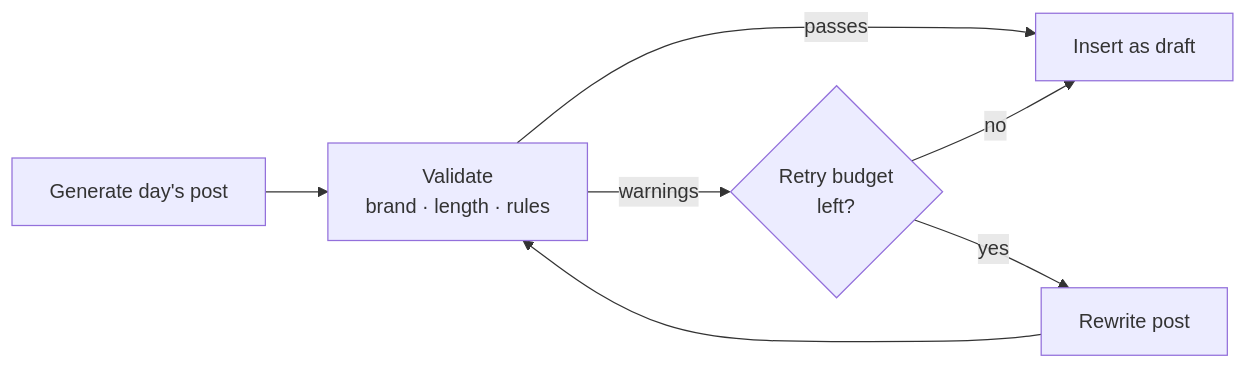
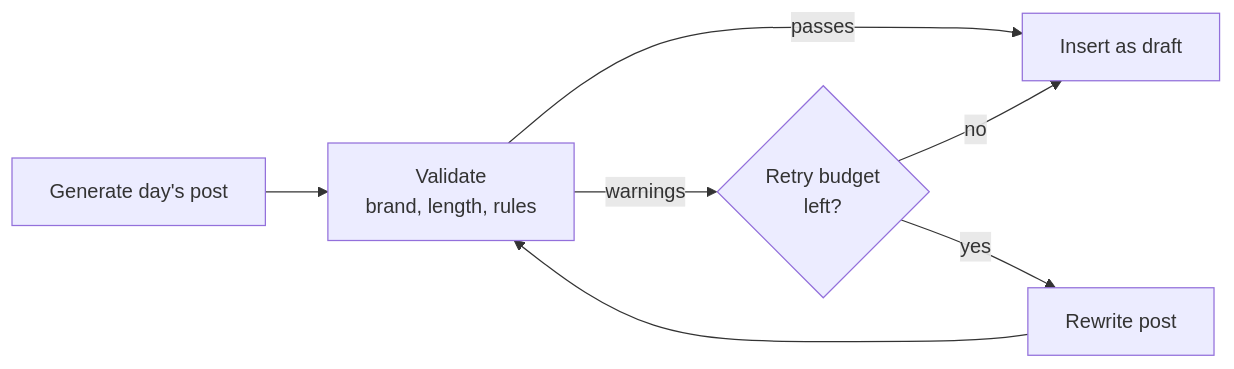
The second of 2 diagrams in README.md (stefanbogdanmda/postje), drawn with Mermaid before and after one commit. The commit also changed other lines of this file, not shown here.

Commit message:
docs: use ASCII separators in Mermaid diagrams for reliable rendering

````diff
--- a/README.md
+++ b/README.md
@@ -52,8 +52,8 @@
 ```mermaid
 flowchart LR
-    Gen["Generate day's post"] --> Check["Validate<br/>brand · length · rules"]
+    Gen["Generate day's post"] --> Check["Validate<br/>brand, length, rules"]
     Check -->|passes| Save["Insert as draft"]
     Check -->|warnings| Budget{"Retry budget<br/>left?"}
     Budget -->|yes| Rewrite["Rewrite post"] --> Check
     Budget -->|no| Save
 ```
````
